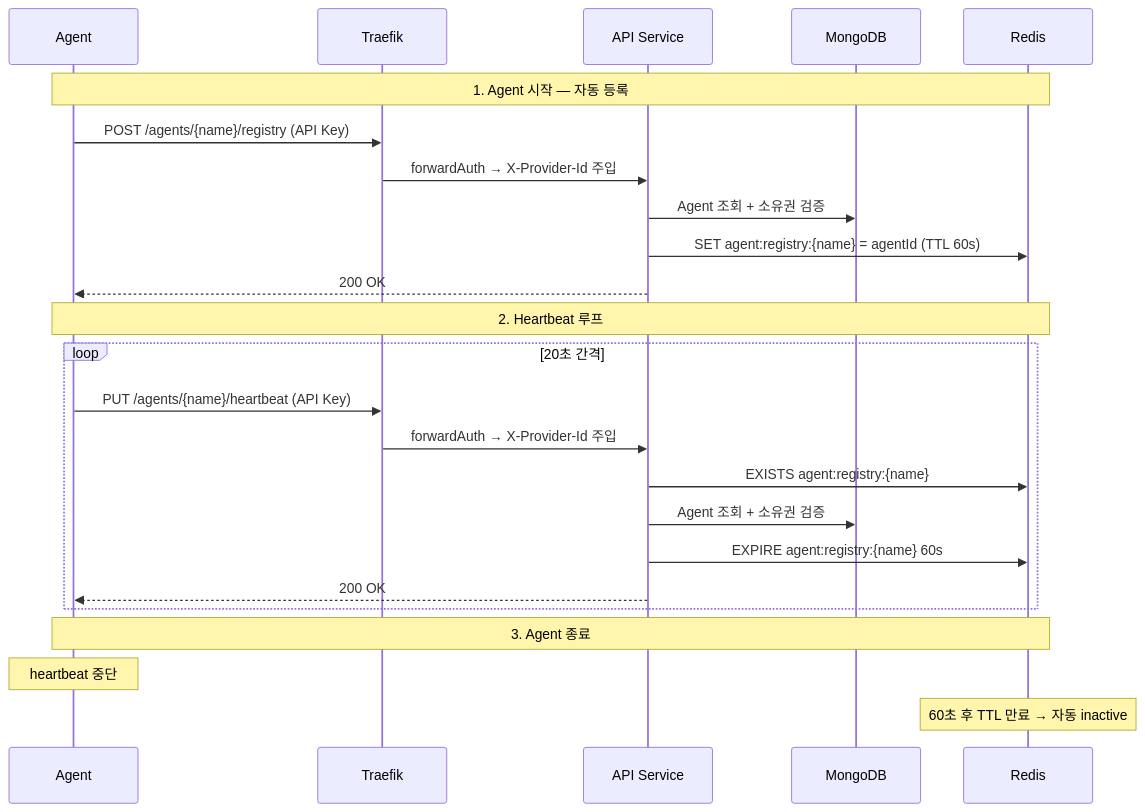
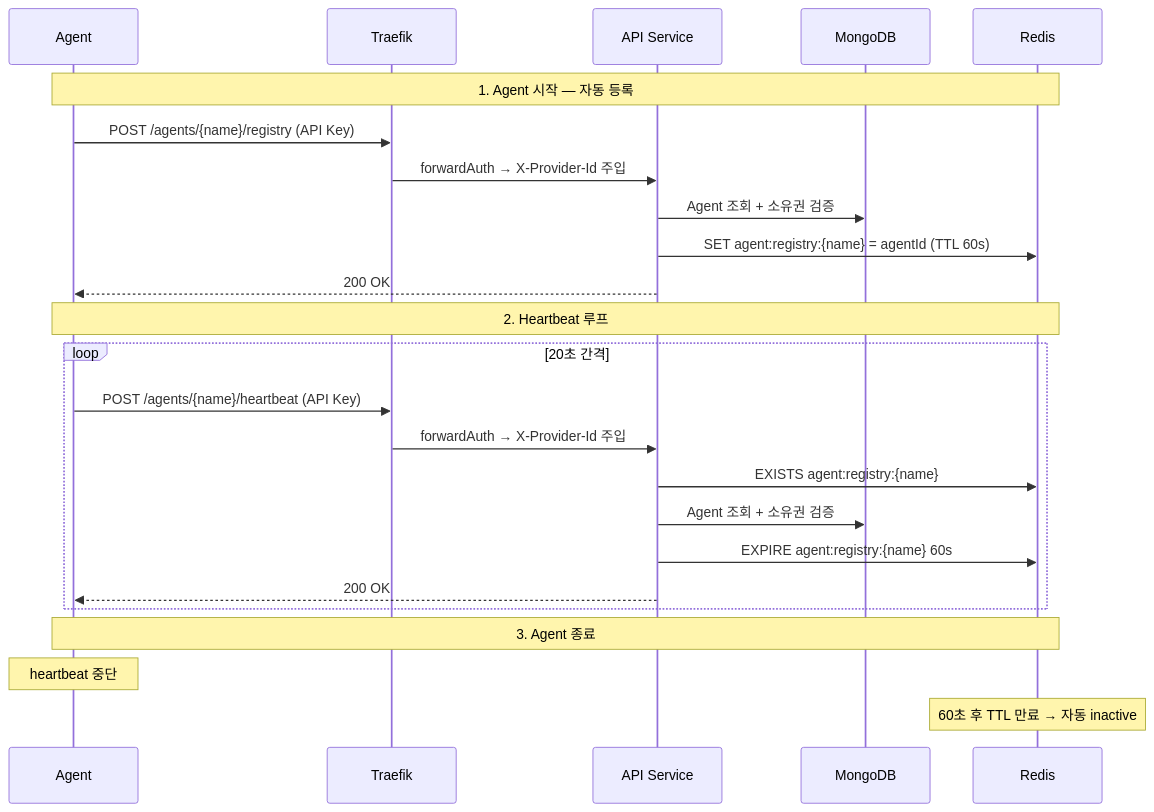
The diagram in docs/superpowers/specs/2026-04-09-http-heartbeat-migration-design.md (genie49/bara-world), drawn with Mermaid before and after one commit. The commit also changed other lines of this file and 1 other file, not shown here.

Commit message:
docs: change heartbeat endpoint from PUT to POST

````diff
--- a/docs/superpowers/specs/2026-04-09-http-heartbeat-migration-design.md
+++ b/docs/superpowers/specs/2026-04-09-http-heartbeat-migration-design.md
@@ -19,29 +19,29 @@
 ```mermaid
 sequenceDiagram
     participant A as Agent
     participant T as Traefik
     participant API as API Service
     participant DB as MongoDB
     participant R as Redis
 
     Note over A,R: 1. Agent 시작 — 자동 등록
     A->>T: POST /agents/{name}/registry (API Key)
     T->>API: forwardAuth → X-Provider-Id 주입
     API->>DB: Agent 조회 + 소유권 검증
     API->>R: SET agent:registry:{name} = agentId (TTL 60s)
     API-->>A: 200 OK
 
     Note over A,R: 2. Heartbeat 루프
     loop 20초 간격
-        A->>T: PUT /agents/{name}/heartbeat (API Key)
+        A->>T: POST /agents/{name}/heartbeat (API Key)
         T->>API: forwardAuth → X-Provider-Id 주입
         API->>R: EXISTS agent:registry:{name}
         API->>DB: Agent 조회 + 소유권 검증
         API->>R: EXPIRE agent:registry:{name} 60s
         API-->>A: 200 OK
     end
 
     Note over A,R: 3. Agent 종료
     Note over A: heartbeat 중단
     Note over R: 60초 후 TTL 만료 → 자동 inactive
 ```
````
